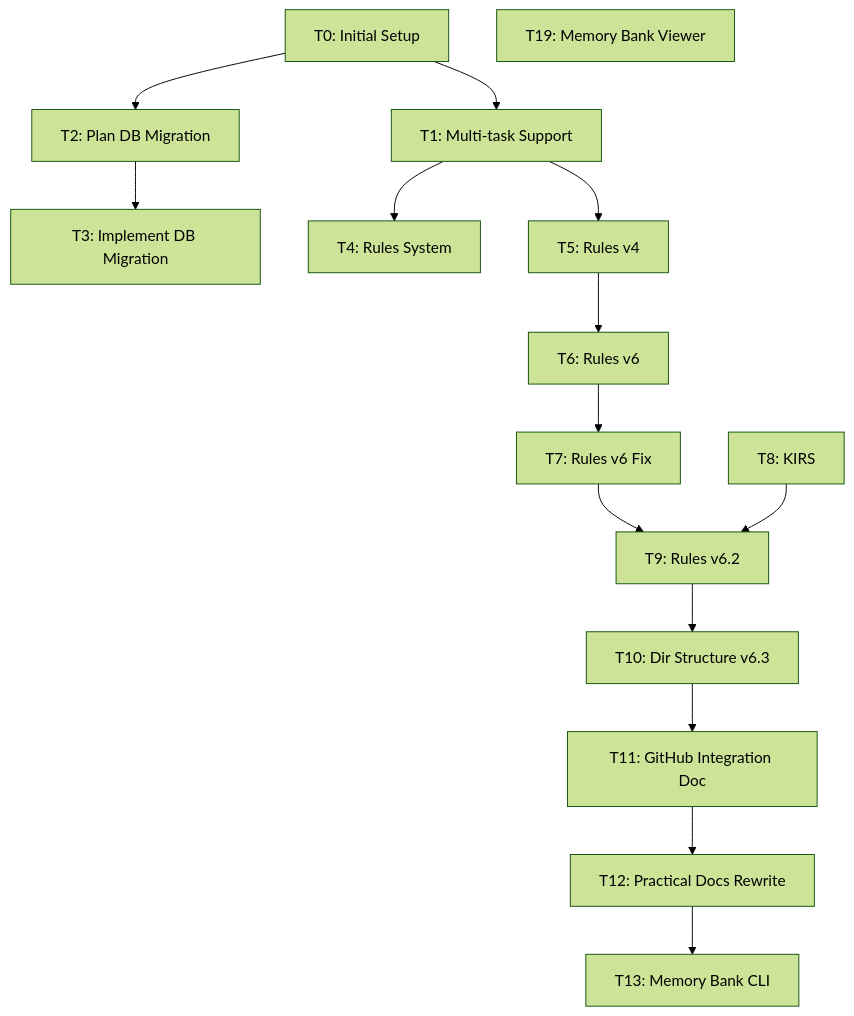
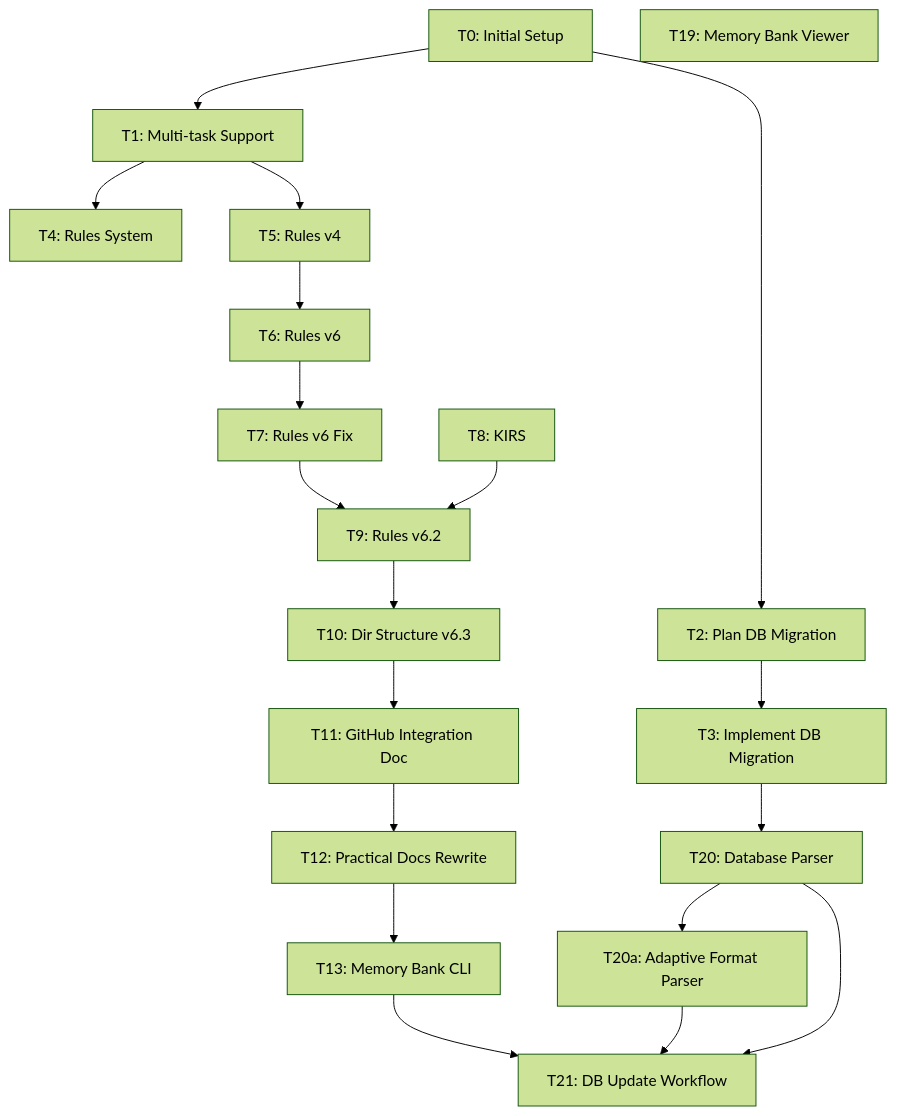
One commit to space-cadet/memory-bank changed the diagram in memory-bank/tasks.md. Above: the diagram before and after it, drawn with Mermaid (forest theme). The commit also changed other lines of this file and 7 other files, not shown here.

````diff
--- a/memory-bank/tasks.md
+++ b/memory-bank/tasks.md
@@ -48,32 +49,40 @@
 ```mermaid
 graph TD
     T0[T0: Initial Setup]
     T1[T1: Multi-task Support]
     T2[T2: Plan DB Migration]
     T3[T3: Implement DB Migration]
     T4[T4: Rules System]
     T5[T5: Rules v4]
     T6[T6: Rules v6]
     T7[T7: Rules v6 Fix]
     T8[T8: KIRS]
     T9[T9: Rules v6.2]
     T10[T10: Dir Structure v6.3]
     T11[T11: GitHub Integration Doc]
     T12[T12: Practical Docs Rewrite]
     T13[T13: Memory Bank CLI]
     T19[T19: Memory Bank Viewer]
+    T20[T20: Database Parser]
+    T20a[T20a: Adaptive Format Parser]
+    T21[T21: DB Update Workflow]
 
     T0 --> T1
     T11 --> T12
     T12 --> T13
     T0 --> T2
     T2 --> T3
     T1 --> T4
     T1 --> T5
     T5 --> T6
     T6 --> T7
     T7 --> T9
     T8 --> T9
     T9 --> T10
     T10 --> T11
+    T3 --> T20
+    T20 --> T20a
+    T20 --> T21
+    T20a --> T21
+    T13 --> T21
 ```
````
